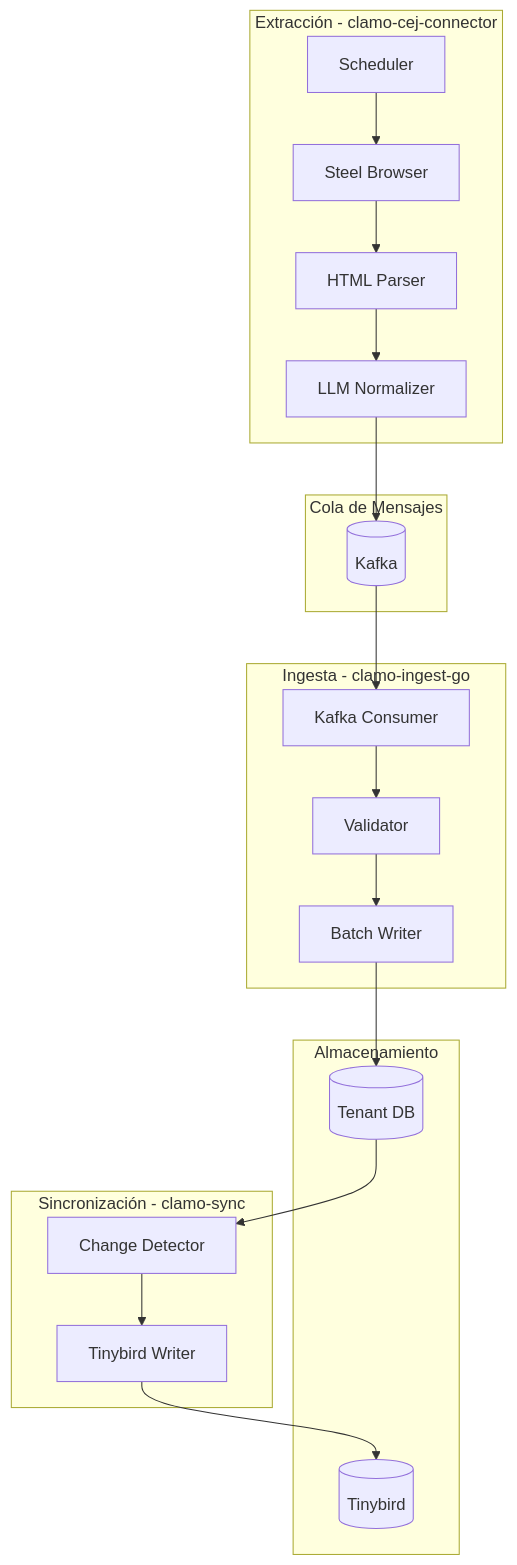
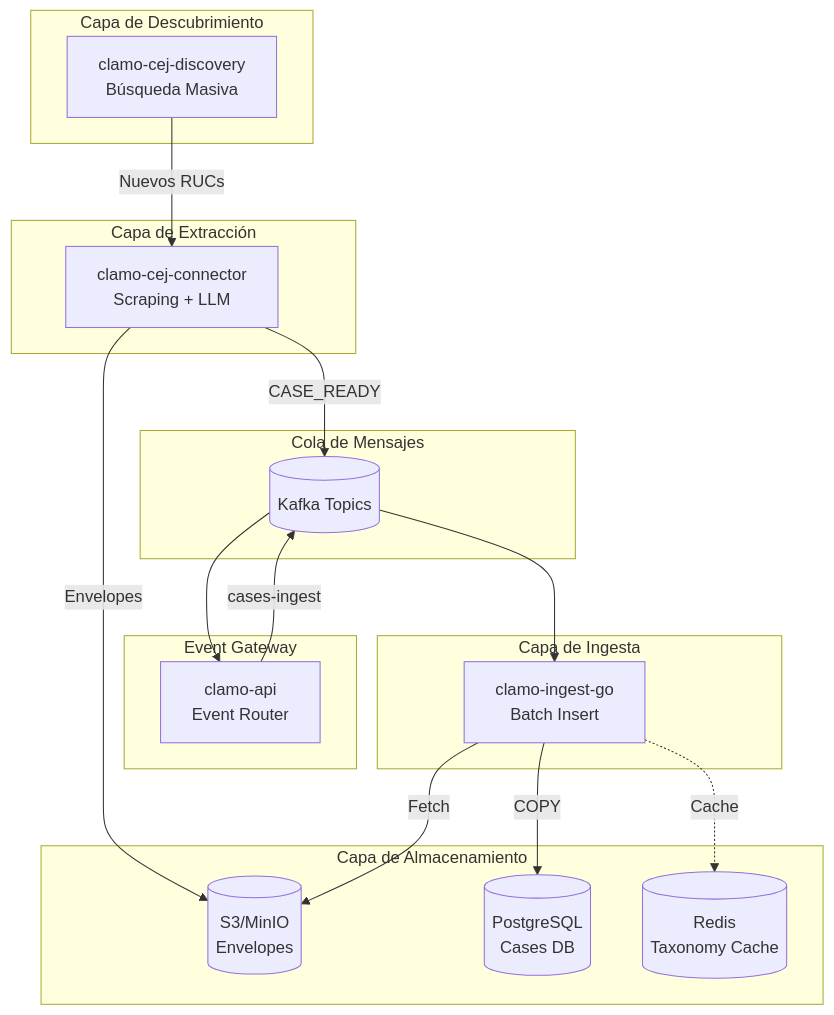
Before and after one commit to GetClamo/docs: the first of 4 diagrams in es/arquitectura/pipeline-datos.mdx, drawn with Mermaid. The commit also changed other lines of this file and 33 other files, not shown here.

````diff
--- a/es/arquitectura/pipeline-datos.mdx
+++ b/es/arquitectura/pipeline-datos.mdx
@@ -12,41 +12,38 @@
 ```mermaid
 flowchart TB
-    subgraph Scraping [Extracción - clamo-cej-connector]
-        Scheduler[Scheduler]
-        Browser[Steel Browser]
-        Parser[HTML Parser]
-        LLM[LLM Normalizer]
+    subgraph Discovery [Capa de Descubrimiento]
+        CejDiscovery[clamo-cej-discovery<br/>Búsqueda Masiva]
     end
     
-    subgraph Queue [Cola de Mensajes]
-        Kafka[(Kafka)]
+    subgraph Extraction [Capa de Extracción]
+        CejConnector[clamo-cej-connector<br/>Scraping + LLM]
     end
     
-    subgraph Ingestion [Ingesta - clamo-ingest-go]
-        Consumer[Kafka Consumer]
-        Validator[Validator]
-        BatchWriter[Batch Writer]
+    subgraph EventGateway [Event Gateway]
+        ClamoAPI[clamo-api<br/>Event Router]
     end
     
-    subgraph Storage [Almacenamiento]
-        TenantDB[(Tenant DB)]
-        Analytics[(Tinybird)]
+    subgraph Messaging [Cola de Mensajes]
+        Kafka[(Kafka Topics)]
     end
     
-    subgraph Sync [Sincronización - clamo-sync]
-        ChangeDetector[Change Detector]
-        TinybirdWriter[Tinybird Writer]
+    subgraph Ingestion [Capa de Ingesta]
+        IngestGo[clamo-ingest-go<br/>Batch Insert]
     end
     
-    Scheduler --> Browser
-    Browser --> Parser
-    Parser --> LLM
-    LLM --> Kafka
-    Kafka --> Consumer
-    Consumer --> Validator
-    Validator --> BatchWriter
-    BatchWriter --> TenantDB
-    TenantDB --> ChangeDetector
-    ChangeDetector --> TinybirdWriter
-    TinybirdWriter --> Analytics
+    subgraph Storage [Capa de Almacenamiento]
+        S3[(S3/MinIO<br/>Envelopes)]
+        Postgres[(PostgreSQL<br/>Cases DB)]
+        Redis[(Redis<br/>Taxonomy Cache)]
+    end
+    
+    CejDiscovery -->|Nuevos RUCs| CejConnector
+    CejConnector -->|CASE_READY| Kafka
+    Kafka --> ClamoAPI
+    ClamoAPI -->|cases-ingest| Kafka
+    Kafka --> IngestGo
+    CejConnector -->|Envelopes| S3
+    IngestGo -->|Fetch| S3
+    IngestGo -->|COPY| Postgres
+    IngestGo -.->|Cache| Redis
 ```
````
